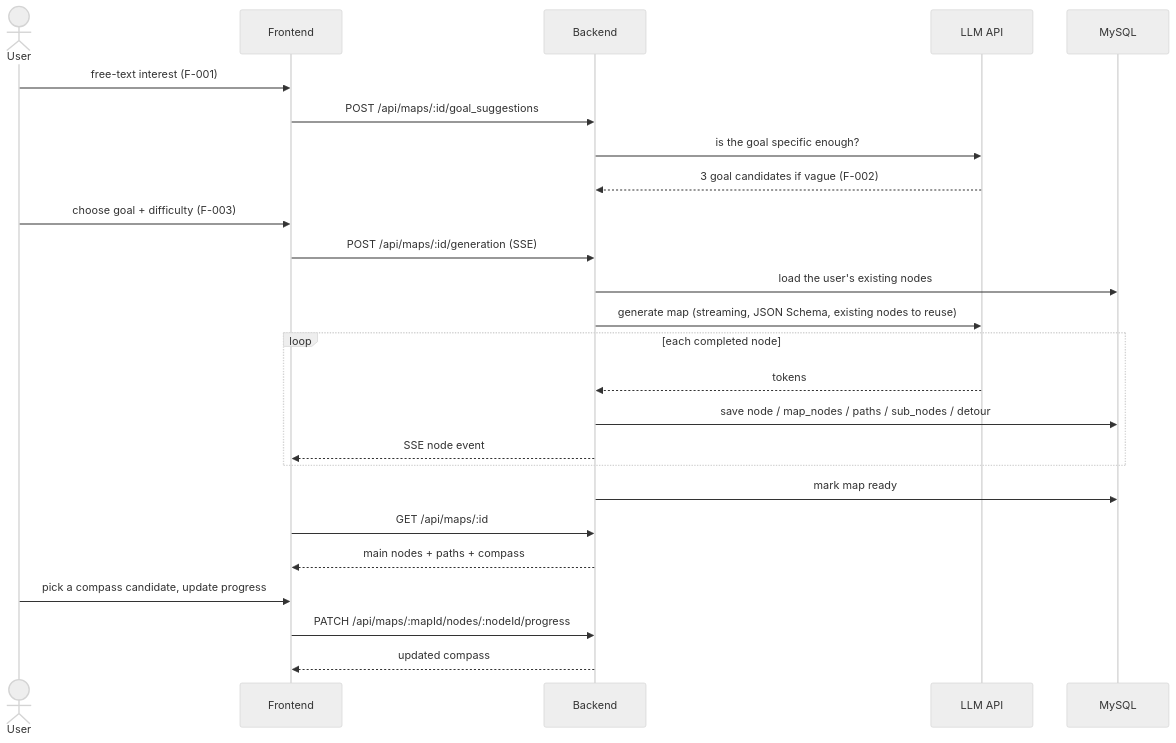
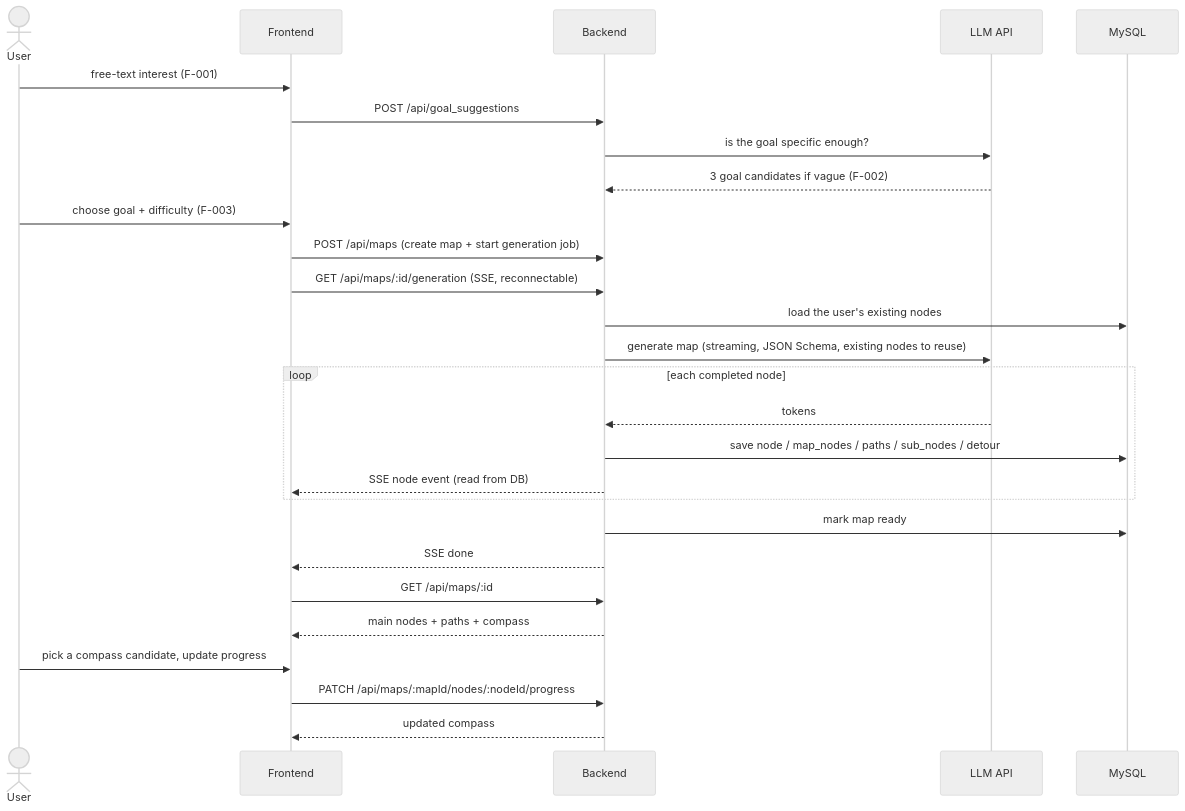
The second of 2 diagrams in .claude/rules/code/architecture.md (ryuma-1/Campass), drawn with Mermaid (neutral theme) before and after one commit. The commit also changed other lines of this file and 7 other files, not shown here.

First line of the commit message:
docs: continue map generation when the client disconnects

````diff
--- a/.claude/rules/code/architecture.md
+++ b/.claude/rules/code/architecture.md
@@ -34,28 +35,30 @@
 ```mermaid
 sequenceDiagram
     actor U as User
     participant FE as Frontend
     participant BE as Backend
     participant LLM as LLM API
     participant DB as MySQL
 
     U->>FE: free-text interest (F-001)
-    FE->>BE: POST /api/maps/:id/goal_suggestions
+    FE->>BE: POST /api/goal_suggestions
     BE->>LLM: is the goal specific enough?
     LLM-->>BE: 3 goal candidates if vague (F-002)
     U->>FE: choose goal + difficulty (F-003)
-    FE->>BE: POST /api/maps/:id/generation (SSE)
+    FE->>BE: POST /api/maps (create map + start generation job)
+    FE->>BE: GET /api/maps/:id/generation (SSE, reconnectable)
     BE->>DB: load the user's existing nodes
     BE->>LLM: generate map (streaming, JSON Schema, existing nodes to reuse)
     loop each completed node
         LLM-->>BE: tokens
         BE->>DB: save node / map_nodes / paths / sub_nodes / detour
-        BE-->>FE: SSE node event
+        BE-->>FE: SSE node event (read from DB)
     end
     BE->>DB: mark map ready
+    BE-->>FE: SSE done
     FE->>BE: GET /api/maps/:id
     BE-->>FE: main nodes + paths + compass
     U->>FE: pick a compass candidate, update progress
     FE->>BE: PATCH /api/maps/:mapId/nodes/:nodeId/progress
     BE-->>FE: updated compass
 ```
````
